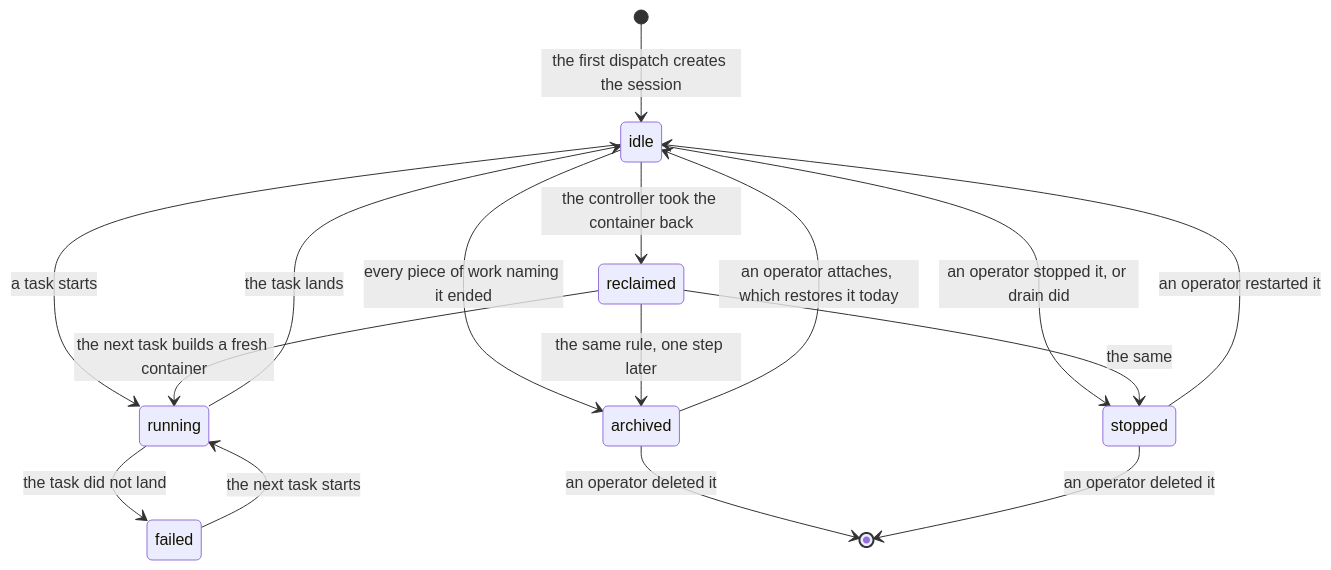
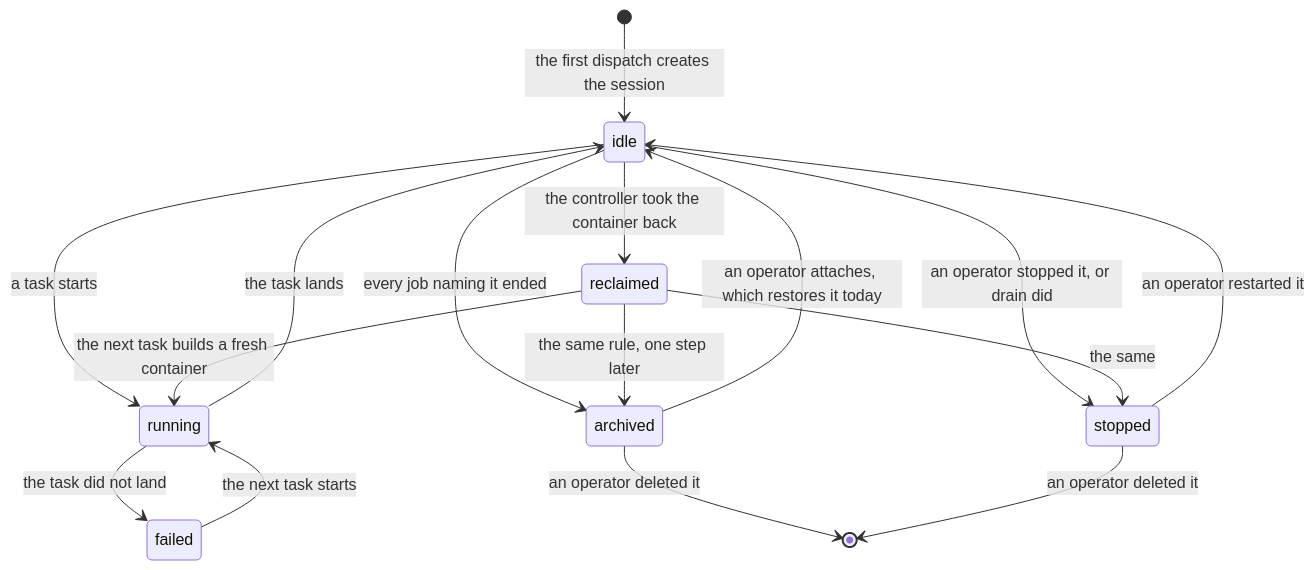
Before and after one commit to atlantic-blue/quay-crew: the tenth of 19 diagrams in docs/ORCHESTRATION.md, drawn with Mermaid. The commit also changed other lines of this file and 222 other files, not shown here.

Commit message:
refactor: declared intent is a job, not work

````diff
--- a/docs/ORCHESTRATION.md
+++ b/docs/ORCHESTRATION.md
@@ -1699,18 +1699,18 @@
 ```mermaid
 stateDiagram-v2
     [*] --> idle: the first dispatch creates the session
     idle --> running: a task starts
     running --> idle: the task lands
     running --> failed: the task did not land
     failed --> running: the next task starts
     idle --> reclaimed: the controller took the container back
     reclaimed --> running: the next task builds a fresh container
-    idle --> archived: every piece of work naming it ended
+    idle --> archived: every job naming it ended
     reclaimed --> archived: the same rule, one step later
     archived --> idle: an operator attaches, which restores it today
     idle --> stopped: an operator stopped it, or drain did
     reclaimed --> stopped: the same
     stopped --> idle: an operator restarted it
     archived --> [*]: an operator deleted it
     stopped --> [*]: an operator deleted it
 ```
````
